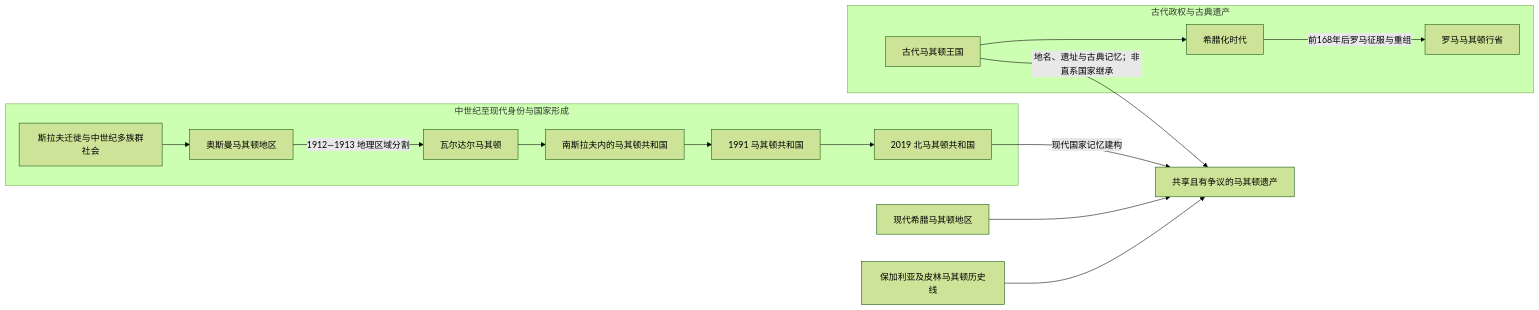
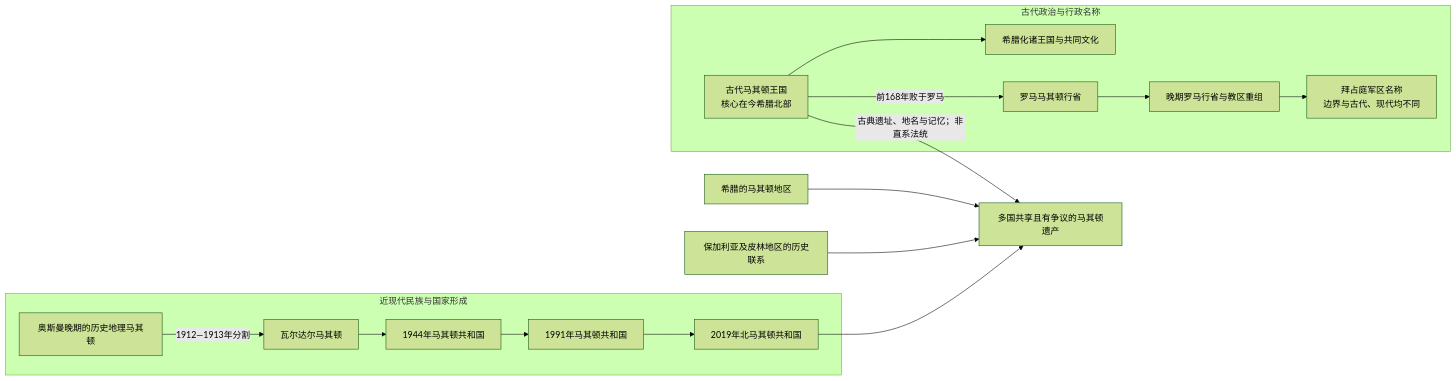
One commit to tianlan-dev/learning-notes changed the diagram in 人文科学/历史/欧洲/东南欧与巴尔干/北马其顿/古代马其顿与现代国家名称辨析.md. Above: the diagram before and after it, drawn with Mermaid (forest theme). The commit also changed other lines of this file and 1417 other files, not shown here.

````diff
--- a/人文科学/历史/欧洲/东南欧与巴尔干/北马其顿/古代马其顿与现代国家名称辨析.md
+++ b/人文科学/历史/欧洲/东南欧与巴尔干/北马其顿/古代马其顿与现代国家名称辨析.md
@@ -13,18 +11,19 @@
 ```mermaid
 flowchart LR
-  subgraph Ancient["古代政权与古典遗产"]
-    Kingdom["古代马其顿王国"] --> Hellenistic["希腊化时代"]
-    Hellenistic -->|"前168年后罗马征服与重组"| Roman["罗马马其顿行省"]
-  end
-  subgraph Modern["中世纪至现代身份与国家形成"]
-    Slavic["斯拉夫迁徙与中世纪多族群社会"] --> Ottoman["奥斯曼马其顿地区"]
-    Ottoman -->|"1912—1913 地理区域分割"| Vardar["瓦尔达尔马其顿"]
-    Vardar --> YugRepublic["南斯拉夫内的马其顿共和国"]
-    YugRepublic --> Republic["1991 马其顿共和国"]
-    Republic --> North["2019 北马其顿共和国"]
-  end
-  Kingdom -->|"地名、遗址与古典记忆；非直系国家继承"| SharedMemory["共享且有争议的马其顿遗产"]
-  North -->|"现代国家记忆建构"| SharedMemory
-  Greece["现代希腊马其顿地区"] --> SharedMemory
-  Bulgaria["保加利亚及皮林马其顿历史线"] --> SharedMemory
+    subgraph Ancient["古代政治与行政名称"]
+        Kingdom["古代马其顿王国<br/>核心在今希腊北部"] --> Hellenistic["希腊化诸王国与共同文化"]
+        Kingdom -->|前168年败于罗马| Province["罗马马其顿行省"]
+        Province --> LateUnits["晚期罗马行省与教区重组"]
+        LateUnits --> ByzantineTheme["拜占庭军区名称<br/>边界与古代、现代均不同"]
+    end
+    subgraph Modern["近现代民族与国家形成"]
+        OttomanRegion["奥斯曼晚期的历史地理马其顿"] -->|1912—1913年分割| Vardar["瓦尔达尔马其顿"]
+        Vardar --> SRM["1944年马其顿共和国"]
+        SRM --> RM["1991年马其顿共和国"]
+        RM --> RNM["2019年北马其顿共和国"]
+    end
+    Kingdom -->|古典遗址、地名与记忆；非直系法统| Shared["多国共享且有争议的马其顿遗产"]
+    Greece["希腊的马其顿地区"] --> Shared
+    Bulgaria["保加利亚及皮林地区的历史联系"] --> Shared
+    RNM --> Shared
 ```
````
